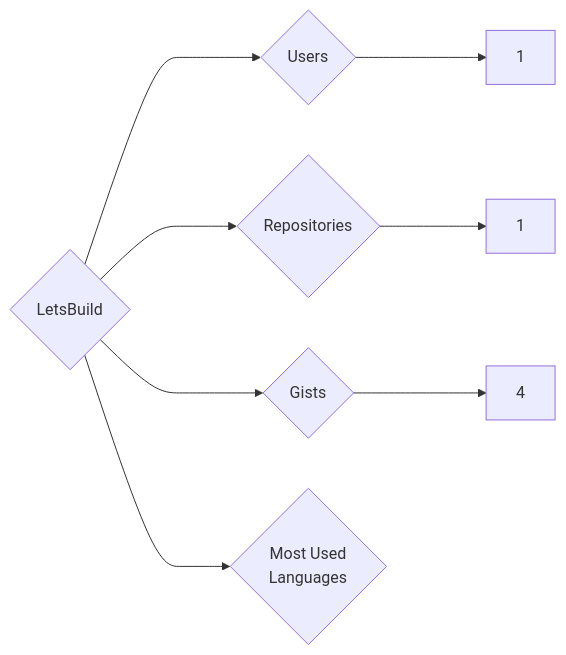
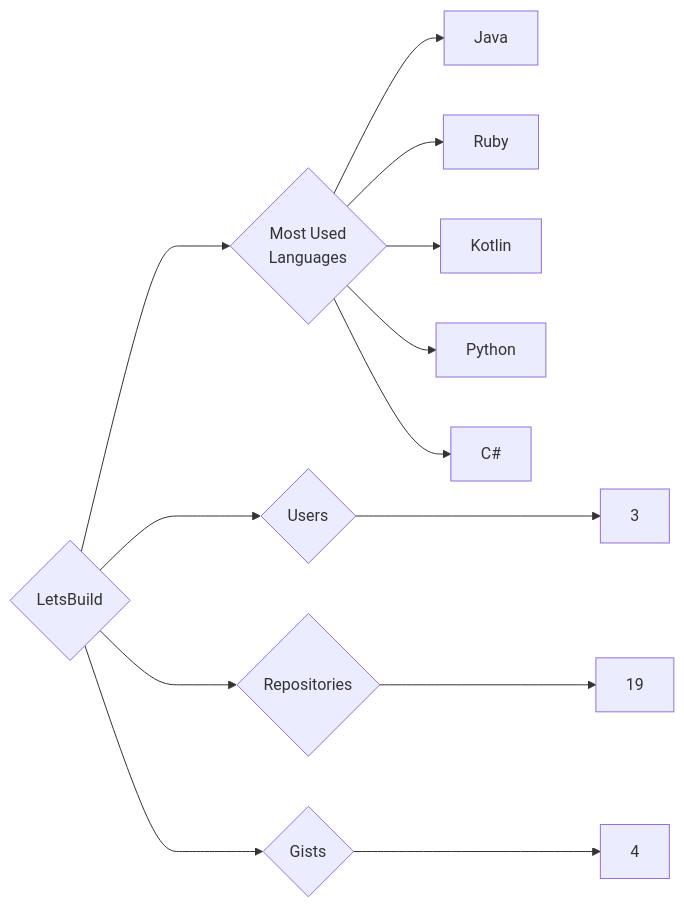
The diagram in targets/LetsBuild/README.md (trickest/insiders), drawn with Mermaid before and after one commit. The commit also changed 814 other files, not shown here.

````diff
--- a/targets/LetsBuild/README.md
+++ b/targets/LetsBuild/README.md
@@ -3,8 +3,13 @@
 ```mermaid
 graph LR
 COMPANY_NAME{LetsBuild}
-COMPANY_NAME ---> U{Users} ---> UN[1]
-COMPANY_NAME ---> R{Repositories} ---> RN[1]
+COMPANY_NAME ---> U{Users} ---> UN[3]
+COMPANY_NAME ---> R{Repositories} ---> RN[19]
 COMPANY_NAME ---> G{Gists} ---> GN[4]
 COMPANY_NAME ---> ML{Most Used<br>Languages}
+ML --> Java[Java]
+ML --> Ruby[Ruby]
+ML --> Kotlin[Kotlin]
+ML --> Python[Python]
+ML --> C#[C#]
 ```
````
